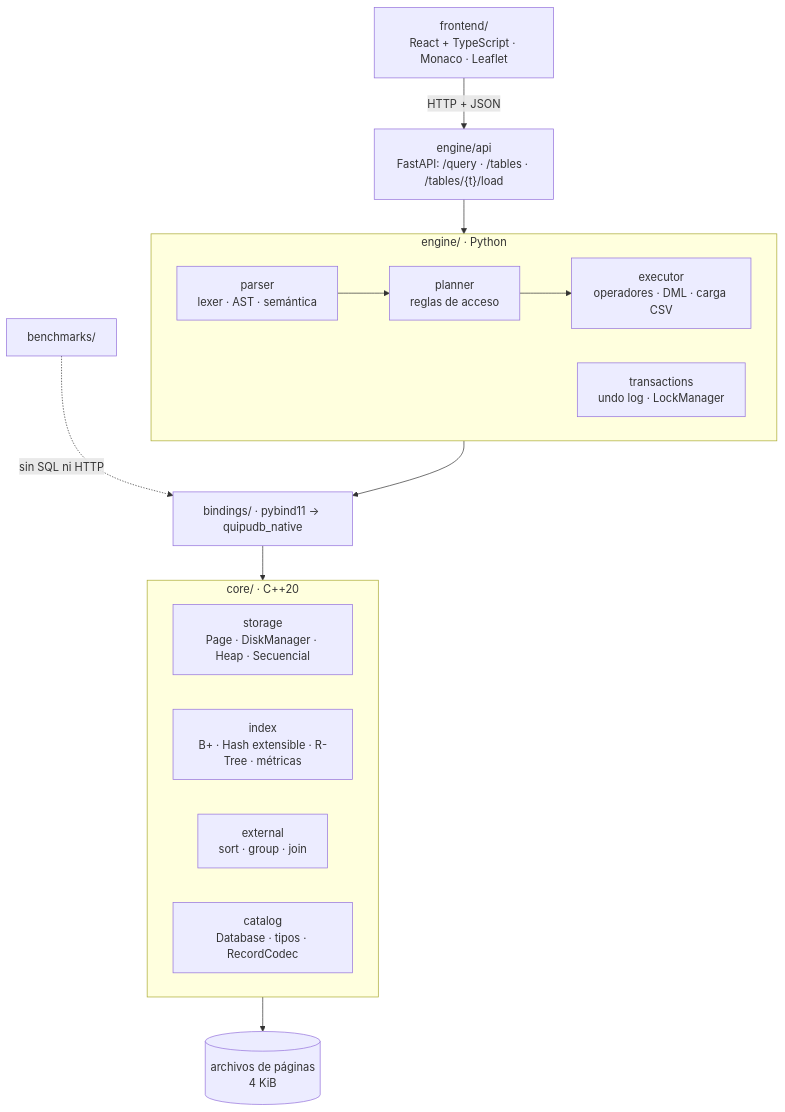
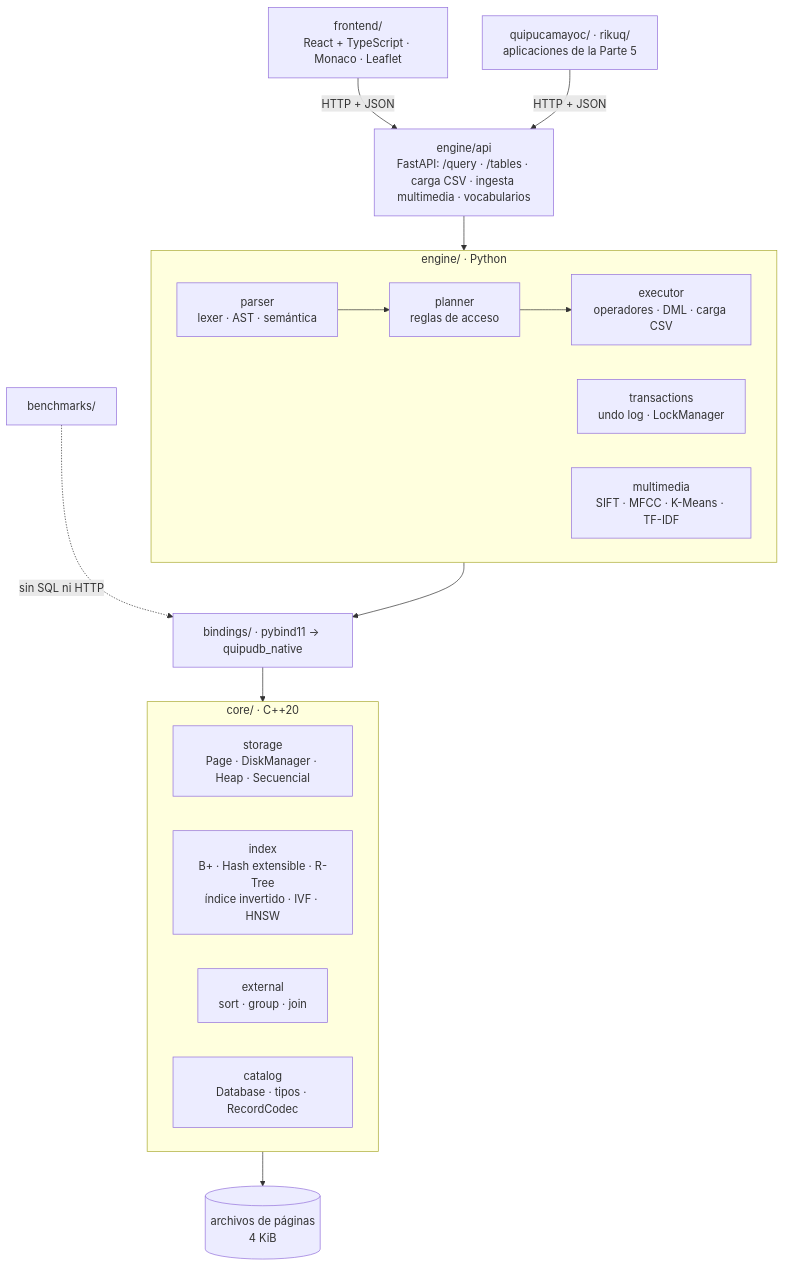
One commit to oswaldoaqm/quipudb changed the diagram in README.md. Above: the diagram before and after it, drawn with Mermaid. The commit also changed other lines of this file, not shown here.

````diff
--- a/README.md
+++ b/README.md
@@ -45,20 +49,24 @@
 ```mermaid
 flowchart TB
     FE["frontend/<br/>React + TypeScript · Monaco · Leaflet"]
-    API["engine/api<br/>FastAPI: /query · /tables · /tables/{t}/load"]
+    APPS["quipucamayoc/ · rikuq/<br/>aplicaciones de la Parte 5"]
+    API["engine/api<br/>FastAPI: /query · /tables · carga CSV · ingesta multimedia · vocabularios"]
     subgraph ENG["engine/ · Python"]
         P["parser<br/>lexer · AST · semántica"] --> PL["planner<br/>reglas de acceso"] --> EX["executor<br/>operadores · DML · carga CSV"]
         TX["transactions<br/>undo log · LockManager"]
+        MM["multimedia<br/>SIFT · MFCC · K-Means · TF-IDF"]
     end
     B["bindings/ · pybind11 → quipudb_native"]
     subgraph CORE["core/ · C++20"]
         ST["storage<br/>Page · DiskManager · Heap · Secuencial"]
-        IX["index<br/>B+ · Hash extensible · R-Tree · métricas"]
+        IX["index<br/>B+ · Hash extensible · R-Tree<br/>índice invertido · IVF · HNSW"]
         XT["external<br/>sort · group · join"]
         CT["catalog<br/>Database · tipos · RecordCodec"]
     end
     D[("archivos de páginas<br/>4 KiB")]
     BM["benchmarks/"]
-    FE -- "HTTP + JSON" --> API --> ENG --> B --> CORE --> D
+    FE -- "HTTP + JSON" --> API
+    APPS -- "HTTP + JSON" --> API
+    API --> ENG --> B --> CORE --> D
     BM -. "sin SQL ni HTTP" .-> B
 ```
````
